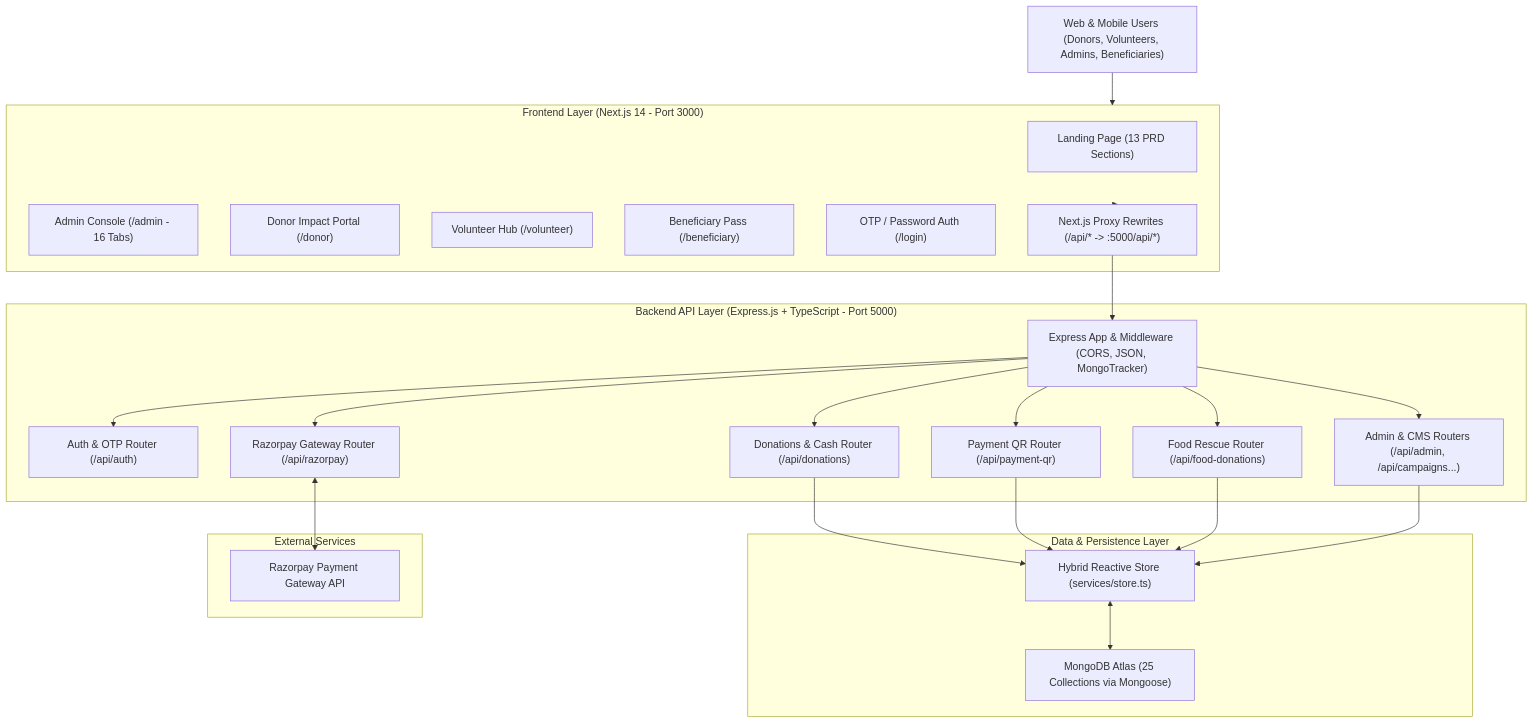
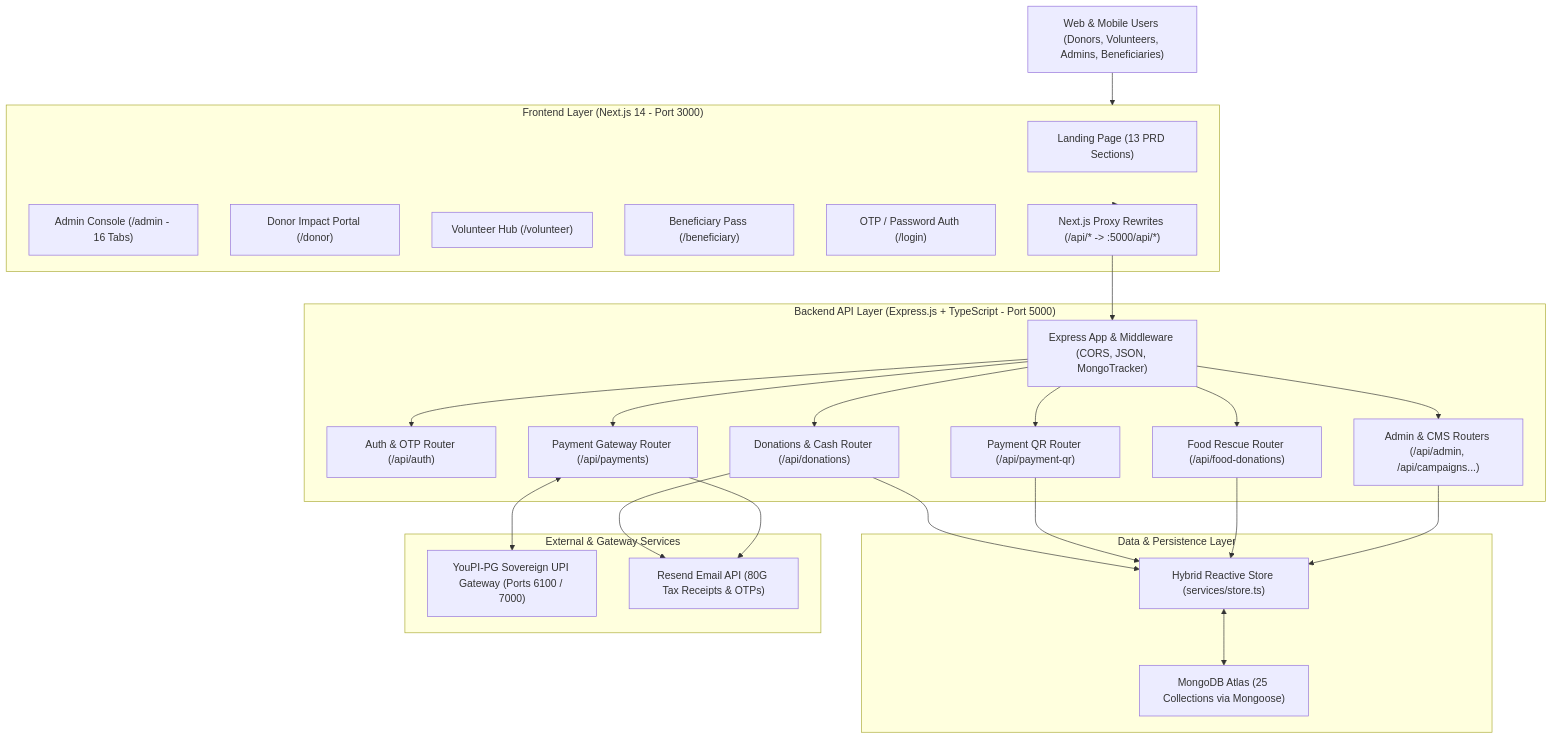
The first of 2 diagrams in docs/ARCHITECTURE.md (Soumyaroy428/seva-platform), drawn with Mermaid before and after one commit. The commit also changed other lines of this file and 6 other files, not shown here.

Commit message:
docs: replace Razorpay with Sovereign UPI Gateway (YouPI-PG) and add master payment integration prompt and spec

````diff
--- a/docs/ARCHITECTURE.md
+++ b/docs/ARCHITECTURE.md
@@ -10,41 +10,43 @@
 ```mermaid
 graph TD
     User["Web & Mobile Users (Donors, Volunteers, Admins, Beneficiaries)"]
     
     subgraph Frontend["Frontend Layer (Next.js 14 - Port 3000)"]
         UI_Home["Landing Page (13 PRD Sections)"]
         UI_Admin["Admin Console (/admin - 16 Tabs)"]
         UI_Donor["Donor Impact Portal (/donor)"]
         UI_Vol["Volunteer Hub (/volunteer)"]
         UI_Ben["Beneficiary Pass (/beneficiary)"]
         UI_Auth["OTP / Password Auth (/login)"]
         Rewrites["Next.js Proxy Rewrites (/api/* -> :5000/api/*)"]
     end
     
     subgraph Backend["Backend API Layer (Express.js + TypeScript - Port 5000)"]
         Router["Express App & Middleware (CORS, JSON, MongoTracker)"]
         AuthRoute["Auth & OTP Router (/api/auth)"]
         DonationRoute["Donations & Cash Router (/api/donations)"]
-        RzpRoute["Razorpay Gateway Router (/api/razorpay)"]
+        PaymentRoute["Payment Gateway Router (/api/payments)"]
         QRRoute["Payment QR Router (/api/payment-qr)"]
         FoodRoute["Food Rescue Router (/api/food-donations)"]
         AdminRoute["Admin & CMS Routers (/api/admin, /api/campaigns...)"]
     end
     
     subgraph DataLayer["Data & Persistence Layer"]
         HybridStore["Hybrid Reactive Store (services/store.ts)"]
         MongoDB["MongoDB Atlas (25 Collections via Mongoose)"]
     end
     
-    subgraph 3rdParty["External Services"]
-        RazorpayGateway["Razorpay Payment Gateway API"]
+    subgraph 3rdParty["External & Gateway Services"]
+        YoupiGateway["YouPI-PG Sovereign UPI Gateway (Ports 6100 / 7000)"]
+        ResendAPI["Resend Email API (80G Tax Receipts & OTPs)"]
     end
 
     User --> Frontend
     Frontend --> Rewrites
     Rewrites --> Router
-    Router --> AuthRoute & DonationRoute & RzpRoute & QRRoute & FoodRoute & AdminRoute
-    RzpRoute <--> RazorpayGateway
+    Router --> AuthRoute & DonationRoute & PaymentRoute & QRRoute & FoodRoute & AdminRoute
+    PaymentRoute <--> YoupiGateway
+    DonationRoute & PaymentRoute --> ResendAPI
     DonationRoute & QRRoute & FoodRoute & AdminRoute --> HybridStore
     HybridStore <--> MongoDB
 ```
````
